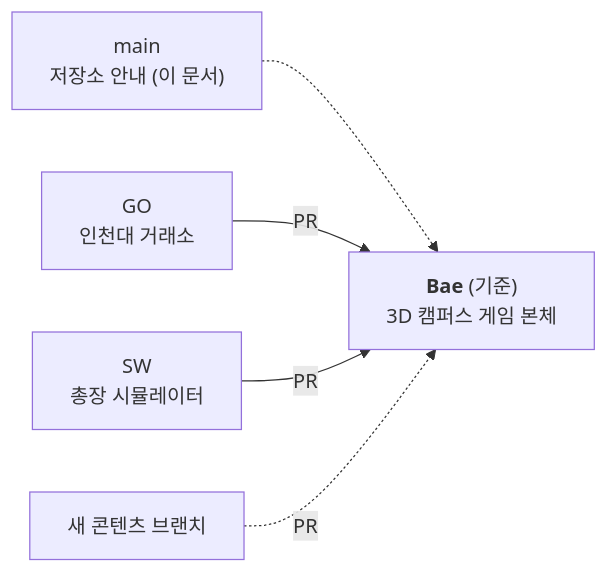
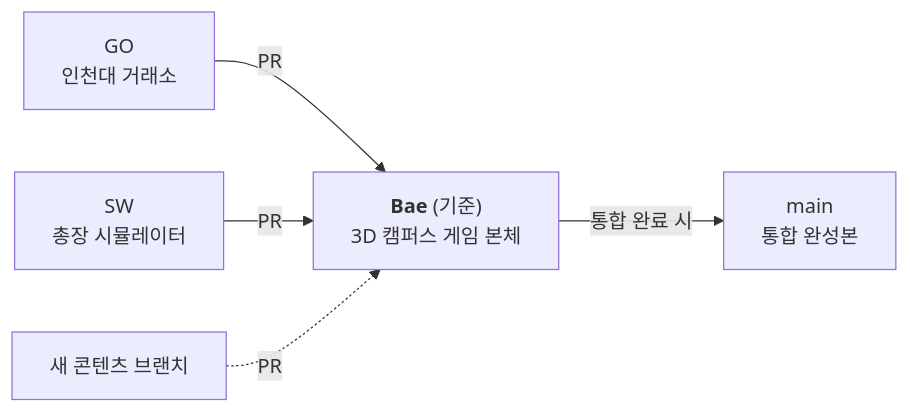
One commit to ssa1monn/TakeTheToken changed the diagram in README.md. Above: the diagram before and after it, drawn with Mermaid. The commit also changed other lines of this file, not shown here.

````diff
--- a/README.md
+++ b/README.md
@@ -14,8 +14,8 @@
 ```mermaid
 flowchart LR
-    main["main<br/>저장소 안내 (이 문서)"] -.-> Bae
+    Bae -- 통합 완료 시 --> main["main<br/>통합 완성본"]
     Bae["<b>Bae</b> (기준)<br/>3D 캠퍼스 게임 본체"]
     GO["GO<br/>인천대 거래소"] -- PR --> Bae
     SW["SW<br/>총장 시뮬레이터"] -- PR --> Bae
     NEW["새 콘텐츠 브랜치"] -. PR .-> Bae
 ```
````
